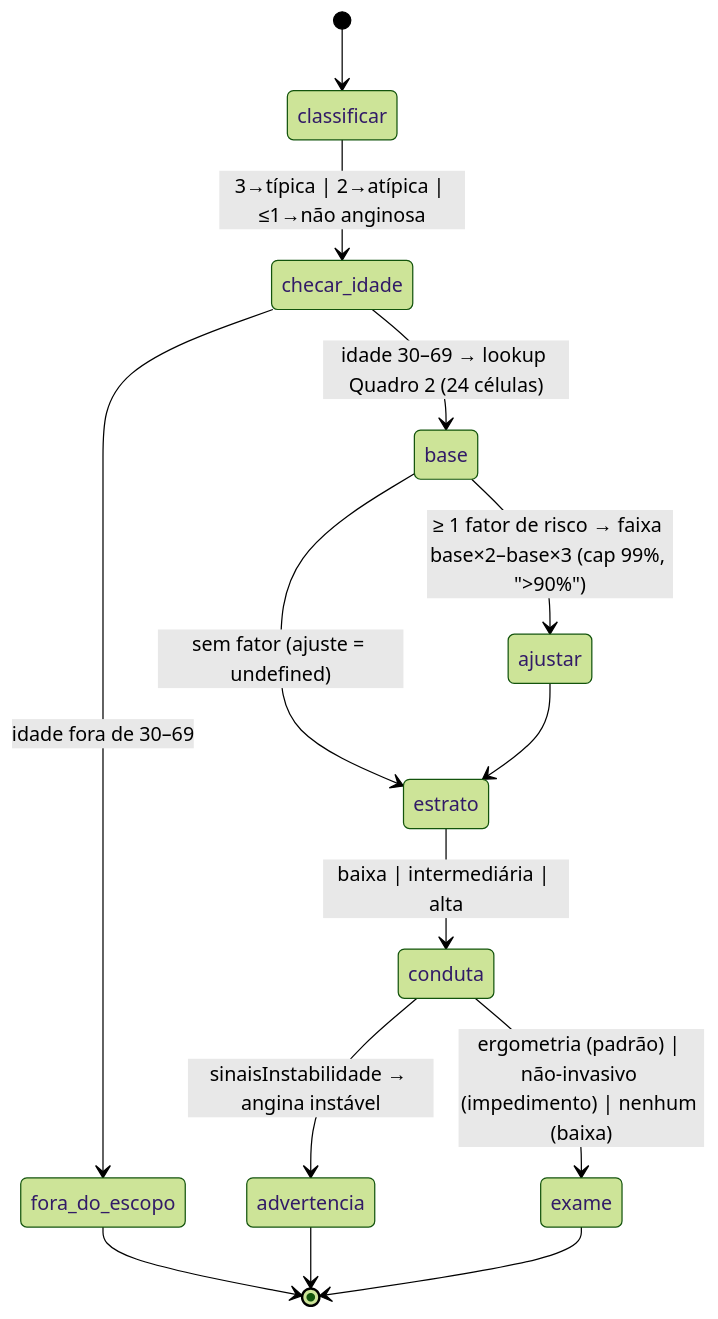
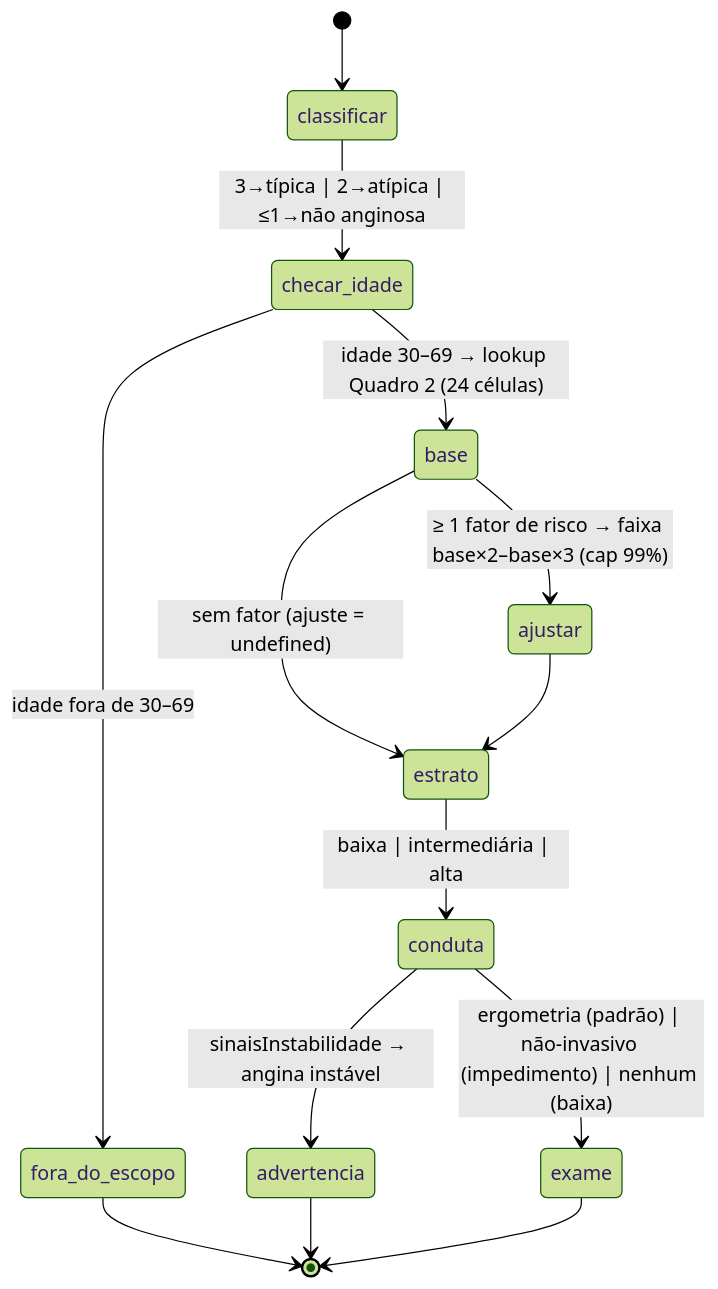
The ninth of 12 diagrams in _reversa_sdd/state-machines.md (iago-leal/aps-inteligente), drawn with Mermaid (forest theme) before and after one commit. The commit also changed other lines of this file and 87 other files, not shown here.

````diff
--- a/_reversa_sdd/state-machines.md
+++ b/_reversa_sdd/state-machines.md
@@ -109,16 +202,16 @@
 ```mermaid
 stateDiagram-v2
     [*] --> classificar
     classificar --> checar_idade: 3→típica | 2→atípica | ≤1→não anginosa
     checar_idade --> fora_do_escopo: idade fora de 30–69
     checar_idade --> base: idade 30–69 → lookup Quadro 2 (24 células)
-    base --> ajustar: ≥ 1 fator de risco → faixa base×2–base×3 (cap 99%, ">90%")
+    base --> ajustar: ≥ 1 fator de risco → faixa base×2–base×3 (cap 99%)
     base --> estrato: sem fator (ajuste = undefined)
     ajustar --> estrato
     estrato --> conduta: baixa | intermediária | alta
     conduta --> exame: ergometria (padrão) | não-invasivo (impedimento) | nenhum (baixa)
     conduta --> advertencia: sinaisInstabilidade → angina instável
     fora_do_escopo --> [*]
     advertencia --> [*]
     exame --> [*]
 ```
````
